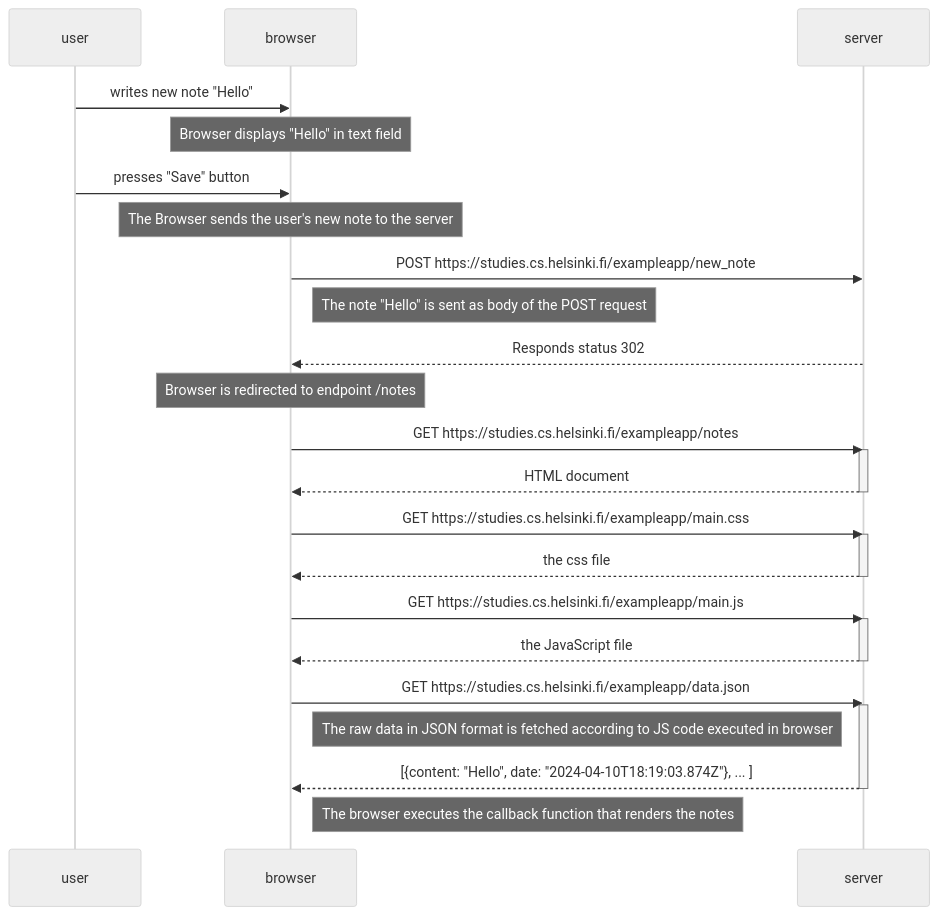
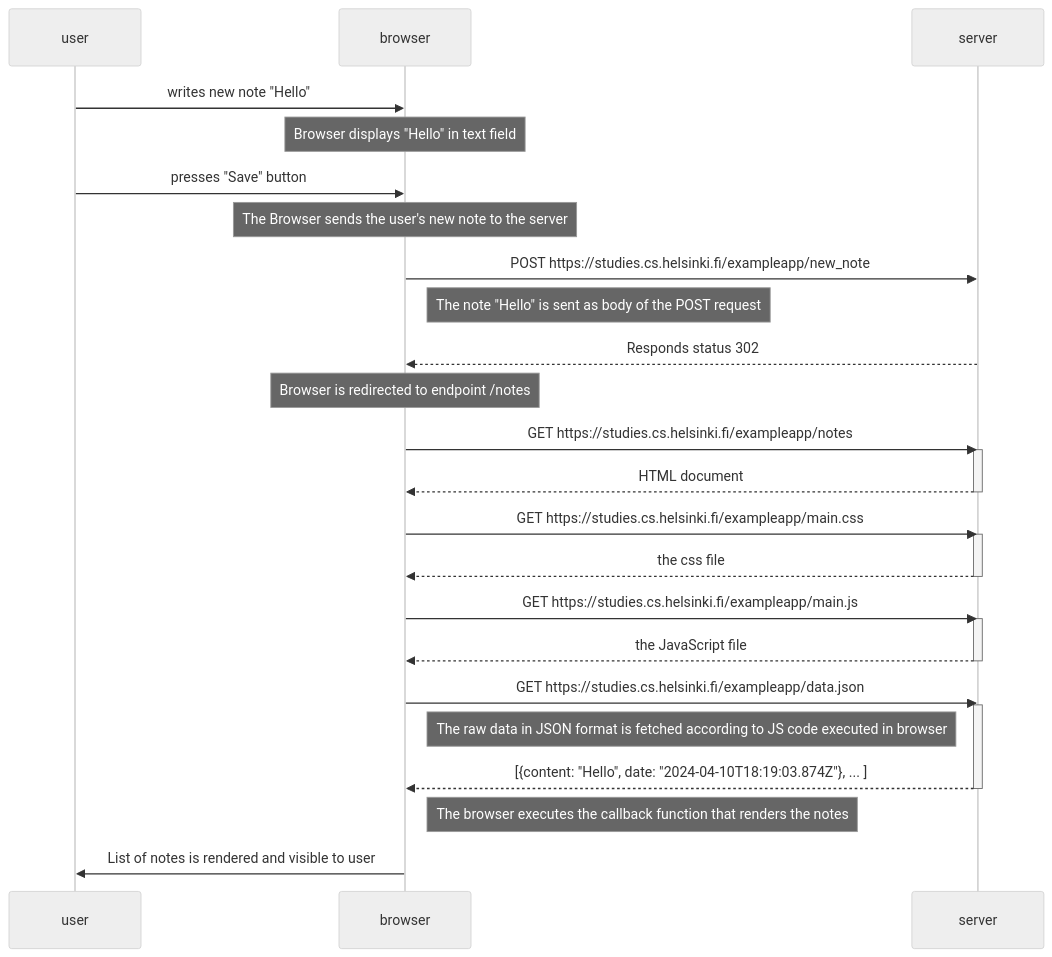
Before and after one commit to giulia-lir/HelsinkiUni_FullStackCourse: the diagram in part0/0_4_new_note_diagram.md, drawn with Mermaid (neutral theme).

Commit message:
added last note to diagram 0.4

````diff
--- a/part0/0_4_new_note_diagram.md
+++ b/part0/0_4_new_note_diagram.md
@@ -2,38 +2,40 @@
 ```mermaid
   sequenceDiagram
     participant user
     participant browser
     participant server
 
     user->>browser: writes new note "Hello"
     Note over browser: Browser displays "Hello" in text field
     user->>browser: presses "Save" button
     Note over browser: The Browser sends the user's new note to the server
     browser->>server: POST https://studies.cs.helsinki.fi/exampleapp/new_note
     Note right of browser: The note "Hello" is sent as body of the POST request
     server-->>browser: Responds status 302
     Note over browser: Browser is redirected to endpoint /notes
     browser->>server: GET https://studies.cs.helsinki.fi/exampleapp/notes
     activate server
     server-->>browser: HTML document
     deactivate server
 
     browser->>server: GET https://studies.cs.helsinki.fi/exampleapp/main.css
     activate server
     server-->>browser: the css file
     deactivate server
 
     browser->>server: GET https://studies.cs.helsinki.fi/exampleapp/main.js
     activate server
     server-->>browser: the JavaScript file
     deactivate server
 
     browser->>server: GET https://studies.cs.helsinki.fi/exampleapp/data.json
     activate server
     Note right of browser: The raw data in JSON format is fetched according to JS code executed in browser
 
     server-->>browser: [{content: "Hello", date: "2024-04-10T18:19:03.874Z"}, ... ]
     deactivate server
 
     Note right of browser: The browser executes the callback function that renders the notes
+
+    browser->>user: List of notes is rendered and visible to user
 ```
````
